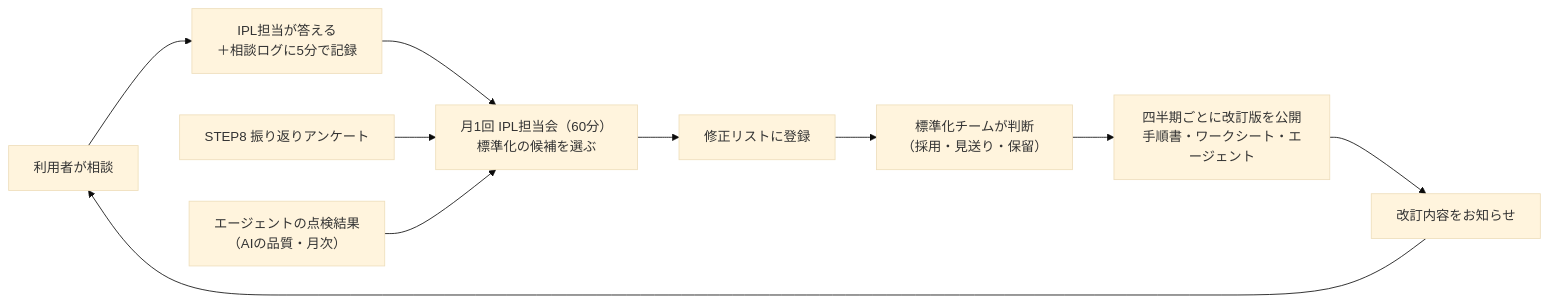
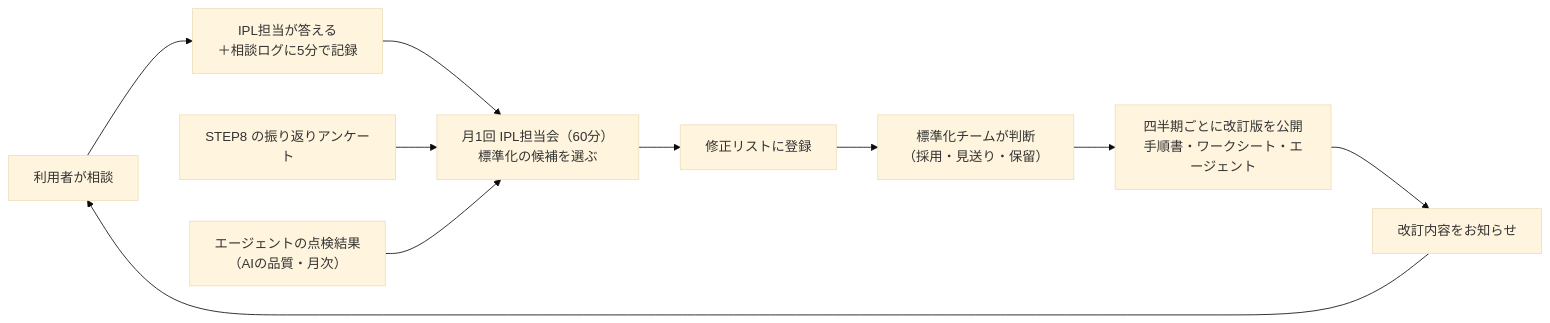
Before and after one commit to utpm6342836-cloud/IPL: the diagram in docs/96_知見を回収して標準フローに戻す仕組み.md, drawn with Mermaid (base theme). The commit also changed other lines of this file and 61 other files, not shown here.

First line of the commit message:
標準フローを2026-11-13版のフロー図に合わせて v1.2 に組み替え

````diff
--- a/docs/96_知見を回収して標準フローに戻す仕組み.md
+++ b/docs/96_知見を回収して標準フローに戻す仕組み.md
@@ -13,12 +13,12 @@
 ```mermaid
 flowchart LR
   A["利用者が相談"] --> B["IPL担当が答える<br>＋相談ログに5分で記録"]
   B --> C["月1回 IPL担当会（60分）<br>標準化の候補を選ぶ"]
-  D["STEP8 振り返りアンケート"] --> C
+  D["STEP8 の振り返りアンケート"] --> C
   E["エージェントの点検結果<br>（AIの品質・月次）"] --> C
   C --> F["修正リストに登録"]
   F --> G["標準化チームが判断<br>（採用・見送り・保留）"]
   G --> H["四半期ごとに改訂版を公開<br>手順書・ワークシート・エージェント"]
   H --> I["改訂内容をお知らせ"]
   I --> A
 ```
````
